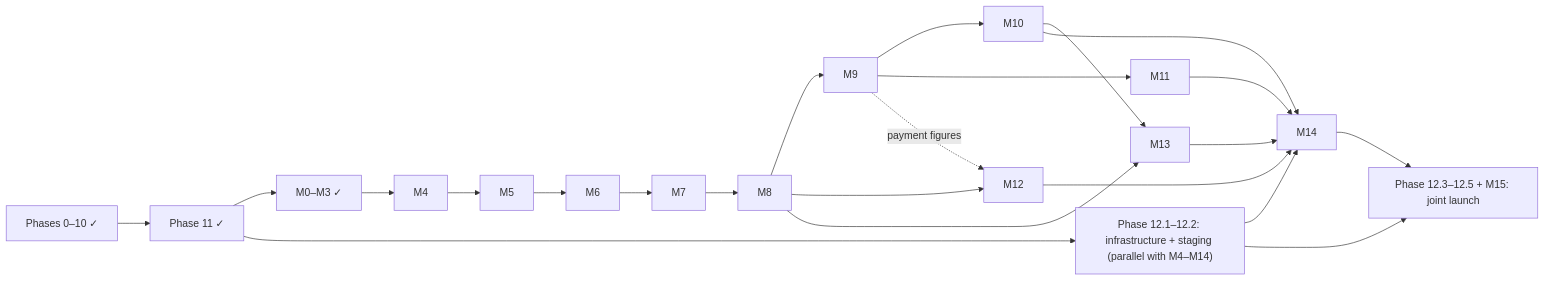
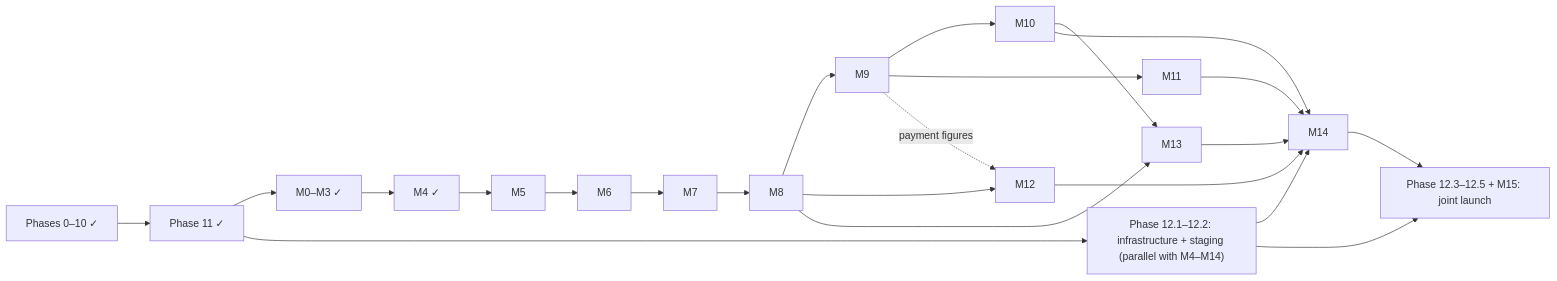
Before and after one commit to mohamedmosilhy/Rivana-Residence: the diagram in docs/delivery/roadmap.md, drawn with Mermaid. The commit also changed other lines of this file and 133 other files, not shown here.

````diff
--- a/docs/delivery/roadmap.md
+++ b/docs/delivery/roadmap.md
@@ -30,19 +31,19 @@
 ```mermaid
 flowchart LR
   P0["Phases 0–10 ✓"] --> P11["Phase 11 ✓"]
-  P11 --> M0["M0–M3 ✓"] --> M4 --> M5 --> M6 --> M7 --> M8 --> M9
+  P11 --> M0["M0–M3 ✓"] --> M4["M4 ✓"] --> M5 --> M6 --> M7 --> M8 --> M9
   M9 --> M10
   M9 --> M11
   M8 --> M12
   M9 -. payment figures .-> M12
   M8 --> M13
   M10 --> M13
   M10 --> M14
   M11 --> M14
   M12 --> M14
   M13 --> M14
   P11 --> P12a["Phase 12.1–12.2: infrastructure + staging (parallel with M4–M14)"]
   P12a --> M14
   M14 --> L["Phase 12.3–12.5 + M15: joint launch"]
   P12a --> L
 ```
````
